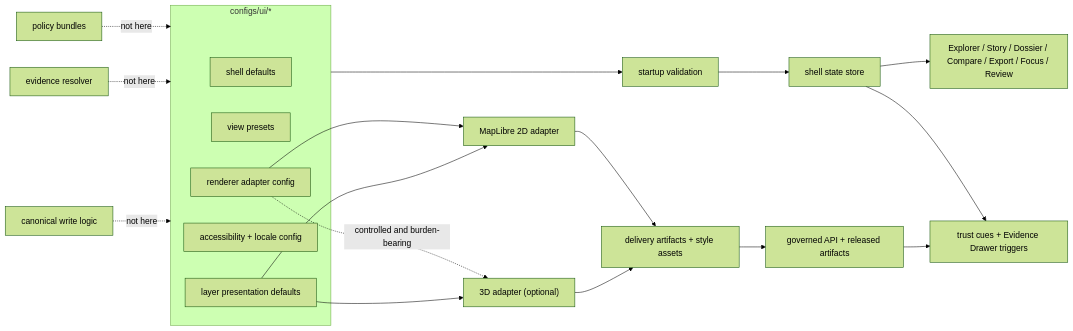
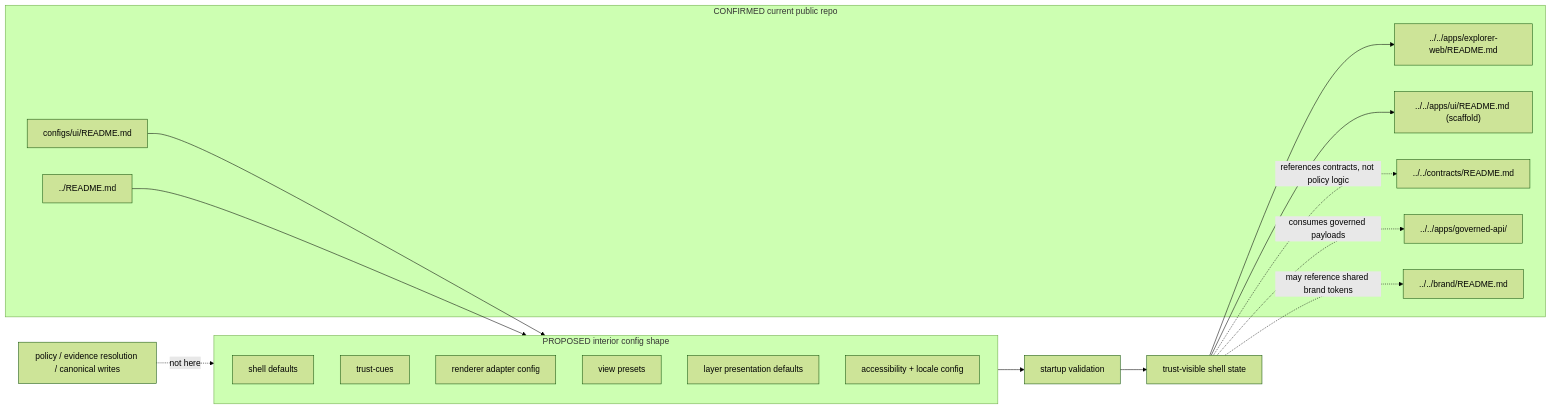
The diagram in configs/ui/README.md (bartytime4life/Kansas-Frontier-Matrix), drawn with Mermaid (forest theme) before and after one commit. The commit also changed other lines of this file, not shown here.

````diff
--- a/configs/ui/README.md
+++ b/configs/ui/README.md
@@ -365,31 +418,34 @@
 ```mermaid
 flowchart LR
-    subgraph C["configs/ui/*"]
-        A["shell defaults"]
-        B["view presets"]
-        D["renderer adapter config"]
-        E["accessibility + locale config"]
-        F["layer presentation defaults"]
+    subgraph CURRENT["CONFIRMED current public repo"]
+        C["configs/ui/README.md"]
+        P["../README.md"]
+        E["../../apps/explorer-web/README.md"]
+        U["../../apps/ui/README.md (scaffold)"]
+        K["../../contracts/README.md"]
+        G["../../apps/governed-api/"]
+        B["../../brand/README.md"]
     end
 
-    C --> V["startup validation"]
-    V --> S["shell state store"]
-    S --> X["Explorer / Story / Dossier / Compare / Export / Focus / Review"]
-    S --> T["trust cues + Evidence Drawer triggers"]
+    subgraph WORKING["PROPOSED interior config shape"]
+        S["shell defaults"]
+        T["trust-cues"]
+        R["renderer adapter config"]
+        V["view presets"]
+        L["layer presentation defaults"]
+        A["accessibility + locale config"]
+    end
 
-    D --> M["MapLibre 2D adapter"]
-    D -. controlled and burden-bearing .-> Z["3D adapter (optional)"]
+    C --> WORKING
+    P --> WORKING
+    WORKING --> VALIDATE["startup validation"]
+    VALIDATE --> SHELL["trust-visible shell state"]
 
-    F --> M
-    F --> Z
+    SHELL --> E
+    SHELL --> U
+    SHELL -. consumes governed payloads .-> G
+    SHELL -. references contracts, not policy logic .-> K
+    SHELL -. may reference shared brand tokens .-> B
 
-    M --> Y["delivery artifacts + style assets"]
-    Z --> Y
-    Y --> G["governed API + released artifacts"]
-
-    G --> T
-
-    P["policy bundles"] -. not here .-> C
-    R["evidence resolver"] -. not here .-> C
-    W["canonical write logic"] -. not here .-> C
+    X["policy / evidence resolution / canonical writes"] -. not here .-> WORKING
 ```
````
